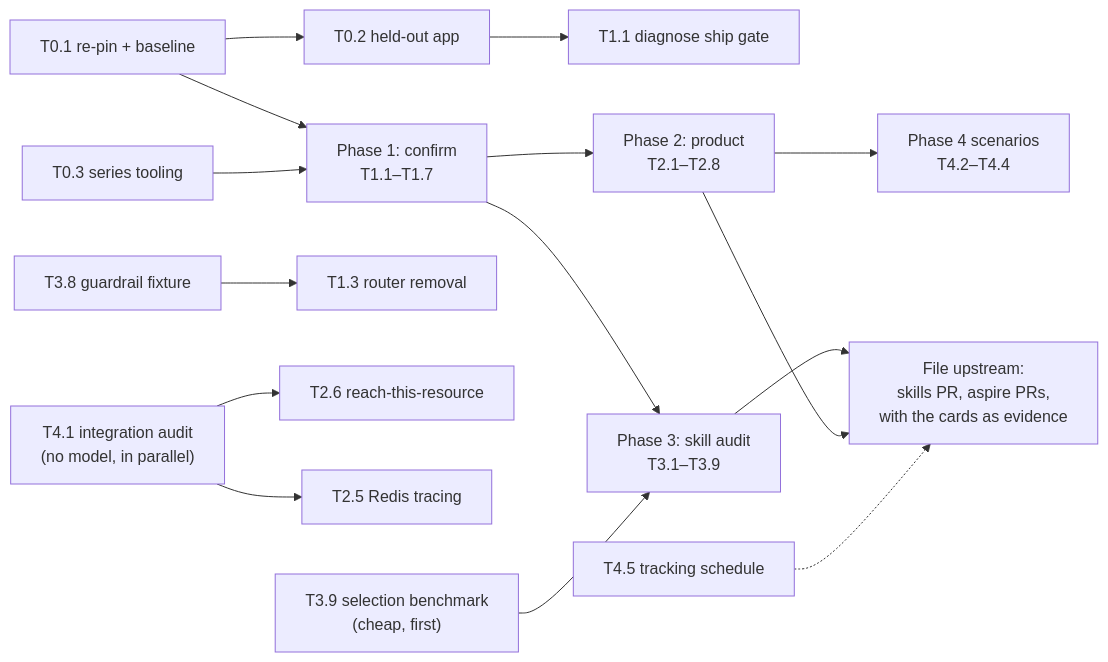
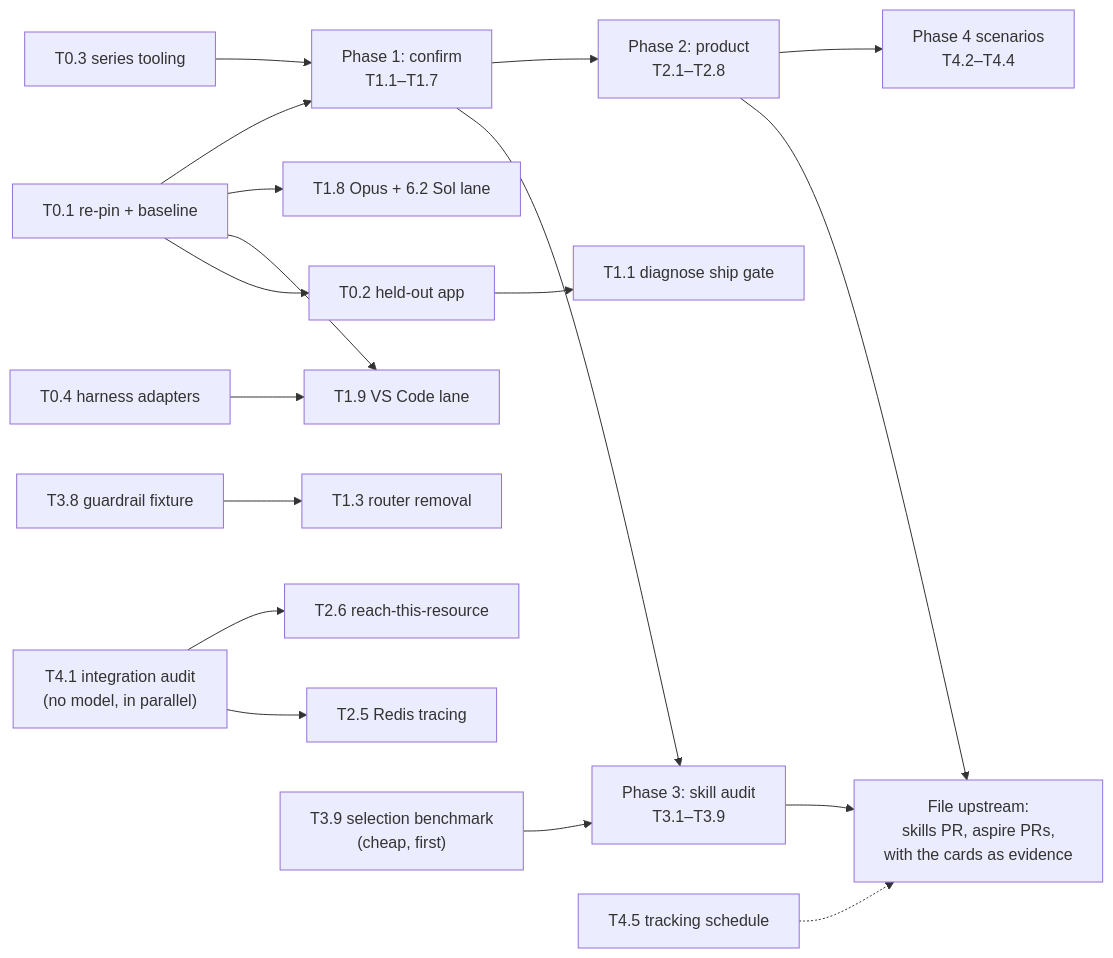
One commit to sebastienros/aspire-bench changed the diagram in msbench/telemetry/PLAN.md. Above: the diagram before and after it, drawn with Mermaid. The commit also changed other lines of this file and 1 other file, not shown here.

Commit message:
PLAN: add claude-opus-5.5 and gpt-6.2-sol (model lane T1.8, sol bridge in T0.1), a VS Code harness lane (T1.9) with adapters (T0.4), catalogue row; probes submitted

````diff
--- a/msbench/telemetry/PLAN.md
+++ b/msbench/telemetry/PLAN.md
@@ -391,17 +431,20 @@
 ```mermaid
 flowchart LR
     T01["T0.1 re-pin + baseline"] --> P1["Phase 1: confirm<br/>T1.1–T1.7"]
     T02["T0.2 held-out app"] --> T11["T1.1 diagnose ship gate"]
     T03["T0.3 series tooling"] --> P1
+    T04["T0.4 harness adapters"] --> T19["T1.9 VS Code lane"]
+    T01 --> T18["T1.8 Opus + 6.2 Sol lane"]
+    T01 --> T19
     T01 --> T02
     T38["T3.8 guardrail fixture"] --> T13["T1.3 router removal"]
     P1 --> P2["Phase 2: product<br/>T2.1–T2.8"]
     T41["T4.1 integration audit<br/>(no model, in parallel)"] --> T26["T2.6 reach-this-resource"]
     T41 --> T25["T2.5 Redis tracing"]
     P1 --> P3["Phase 3: skill audit<br/>T3.1–T3.9"]
     T39["T3.9 selection benchmark<br/>(cheap, first)"] --> P3
     P2 --> P4["Phase 4 scenarios<br/>T4.2–T4.4"]
     P3 --> F["File upstream:<br/>skills PR, aspire PRs,<br/>with the cards as evidence"]
     P2 --> F
     T45["T4.5 tracking schedule"] -.-> F
 ```
````
